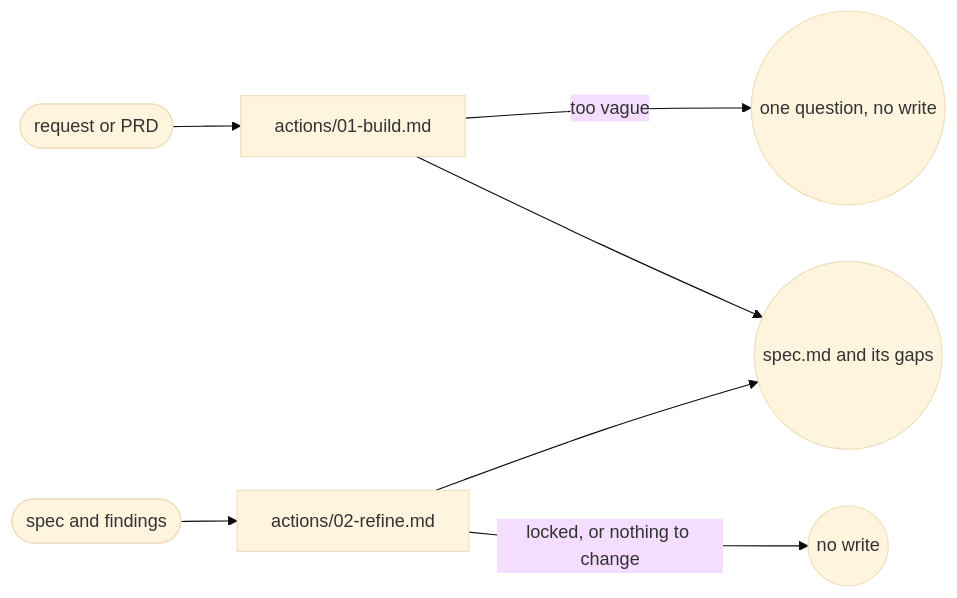
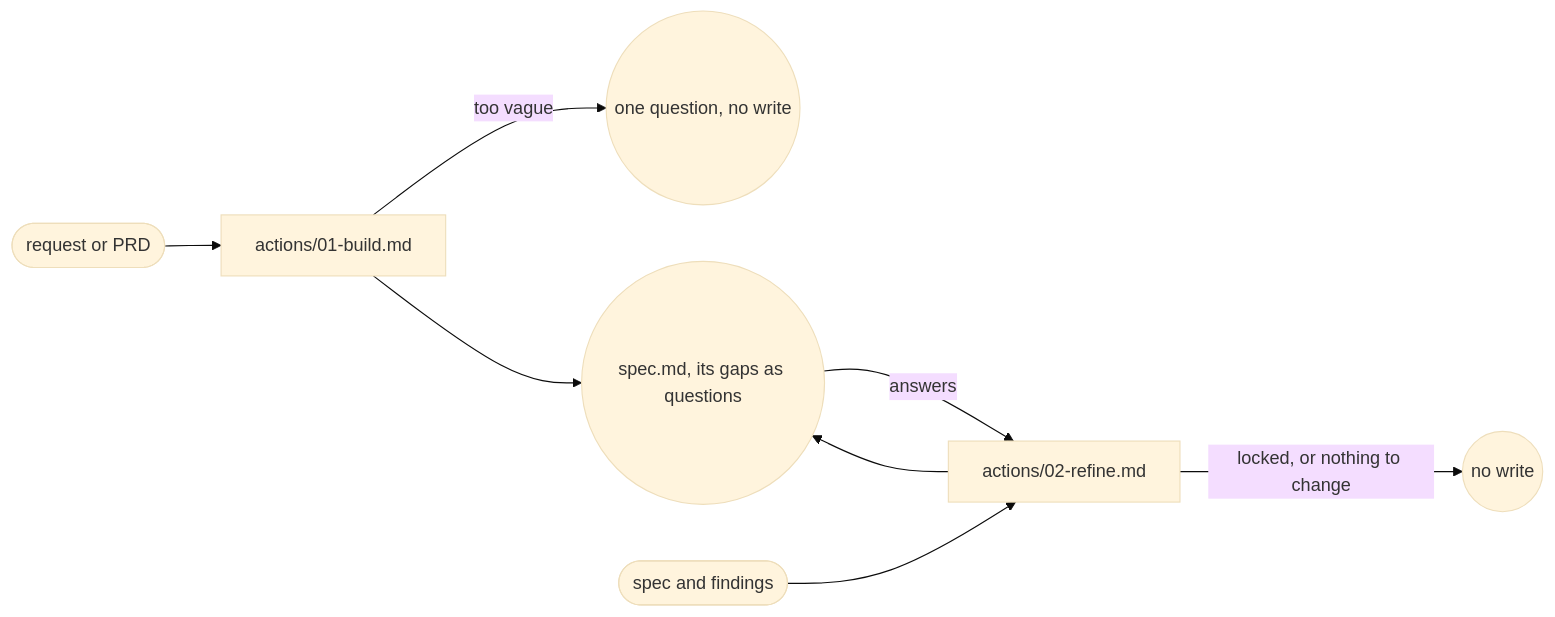
The diagram in plugins/aidd-pm/skills/04-spec/SKILL.md (ai-driven-dev/framework), drawn with Mermaid (base theme) before and after one commit. The commit also changed other lines of this file and 7 other files, not shown here.

````diff
--- a/plugins/aidd-pm/skills/04-spec/SKILL.md
+++ b/plugins/aidd-pm/skills/04-spec/SKILL.md
@@ -9,9 +9,10 @@
 ```mermaid
 flowchart LR
   source([request or PRD]) --> build["actions/01-build.md"]
   build -->|"too vague"| asked((one question, no write))
-  build --> spec((spec.md and its gaps))
+  build --> spec((spec.md, its gaps as questions))
+  spec -->|"answers"| refine
   findings([spec and findings]) --> refine["actions/02-refine.md"]
   refine --> spec
   refine -->|"locked, or nothing to change"| unchanged((no write))
 ```
````
